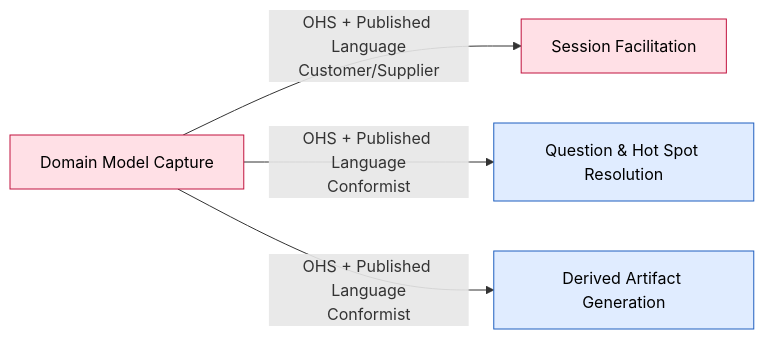
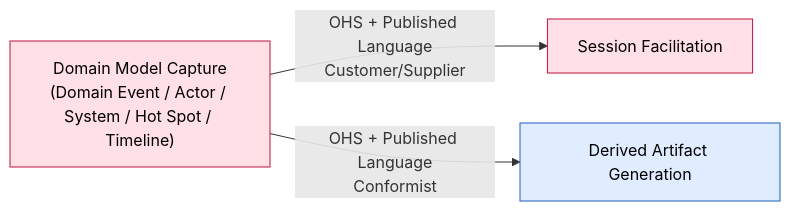
One commit to vinialbano/eventstormer changed the diagram in docs/domain/bounded-contexts/domain-model-capture/canvas.md. Above: the diagram before and after it, drawn with Mermaid. The commit also changed other lines of this file and 8 other files, not shown here.

First line of the commit message:
docs: Design-Level EventStorming on Domain Model Capture (#7)

````diff
--- a/docs/domain/bounded-contexts/domain-model-capture/canvas.md
+++ b/docs/domain/bounded-contexts/domain-model-capture/canvas.md
@@ -100,13 +234,11 @@
 ```mermaid
 flowchart LR
-  This["Domain Model Capture"] -->|"OHS + Published Language\nCustomer/Supplier"| Facil["Session Facilitation"]
-  This -->|"OHS + Published Language\nConformist"| HotSpot["Question & Hot Spot Resolution"]
+  This["Domain Model Capture\n(Domain Event / Actor / System / Hot Spot / Timeline)"] -->|"OHS + Published Language\nCustomer/Supplier"| Facil["Session Facilitation"]
   This -->|"OHS + Published Language\nConformist"| Artifact["Derived Artifact Generation"]
 
   classDef core fill:#ffe0e6,stroke:#c1123e,color:#000
   classDef sup fill:#e0ecff,stroke:#1f5fbf,color:#000
   class This core
   class Facil core
-  class HotSpot sup
   class Artifact sup
 ```
````
